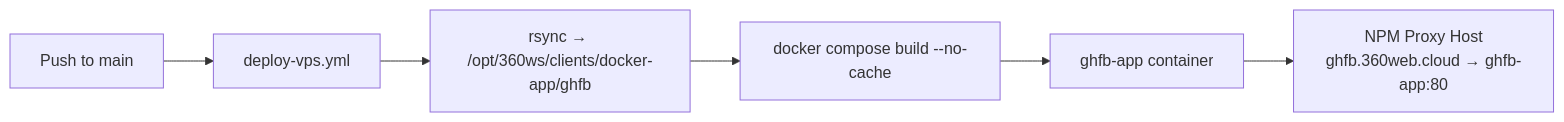
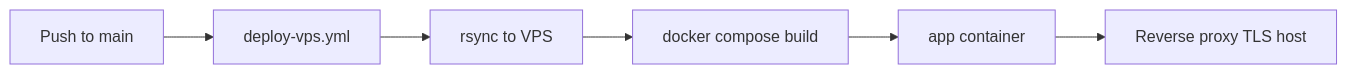
Before and after one commit to mitchelldawkinsjr/ghfb: the diagram in docs/flows-deploy.md, drawn with Mermaid. The commit also changed other lines of this file and 8 other files, not shown here.

First line of the commit message:
Proxy GH Lift and Film in-app; harden README deploy docs.

````diff
--- a/docs/flows-deploy.md
+++ b/docs/flows-deploy.md
@@ -5,8 +5,8 @@
 ```mermaid
 flowchart LR
   dev[Push to main] --> gha[deploy-vps.yml]
-  gha --> rsync[rsync → /opt/360ws/clients/docker-app/ghfb]
-  rsync --> build[docker compose build --no-cache]
-  build --> up[ghfb-app container]
-  up --> npm2[NPM Proxy Host<br/>ghfb.360web.cloud → ghfb-app:80]
+  gha --> rsync[rsync to VPS]
+  rsync --> build[docker compose build]
+  build --> up[app container]
+  up --> proxy[Reverse proxy TLS host]
 ```
````
